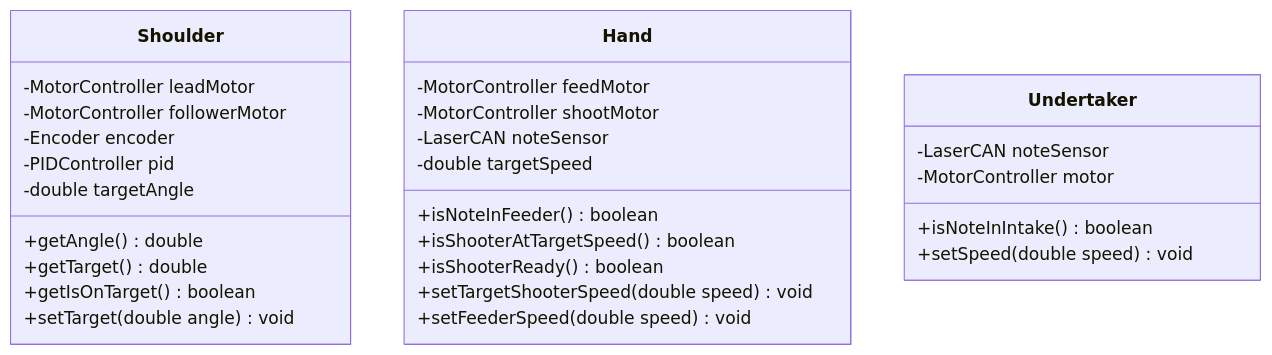
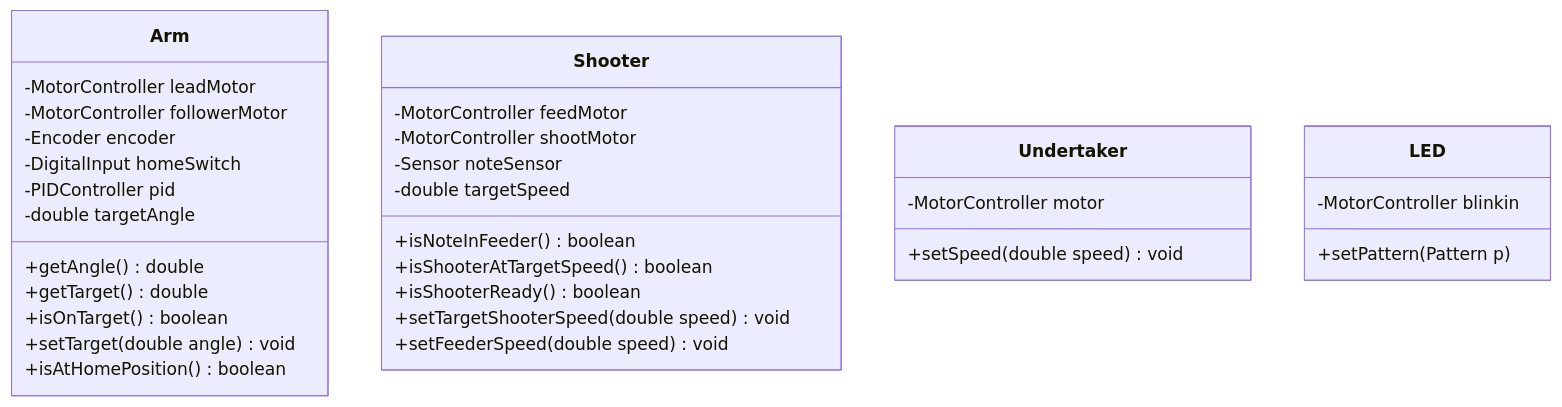
One commit to frc1675/frc1675-2024-general changed the diagram in design/V1/class-diagram.md. Above: the diagram before and after it, drawn with Mermaid. The commit also changed 1 other file, not shown here.

Commit message:
Update docs based on crossteam discussion (#16)
* Update docs based on crossteam discussion

* Added LED class

* Code review changes

````diff
--- a/design/V1/class-diagram.md
+++ b/design/V1/class-diagram.md
@@ -1,40 +1,46 @@
 ```mermaid
 
 classDiagram
 
-    class Shoulder {
+    class Arm {
         -MotorController leadMotor
         -MotorController followerMotor
         -Encoder encoder
+        -DigitalInput homeSwitch
         -PIDController pid
         -double targetAngle
 
         +getAngle() double
         +getTarget() double
-        +getIsOnTarget() boolean
+        +isOnTarget() boolean
         +setTarget(double angle) void
+        +isAtHomePosition() boolean
     }
 
-    class Hand {
+    class Shooter {
         -MotorController feedMotor
         -MotorController shootMotor
-        -LaserCAN noteSensor
+        -Sensor noteSensor
         -double targetSpeed
 
         +isNoteInFeeder() boolean
         +isShooterAtTargetSpeed() boolean
         +isShooterReady() boolean
 
         +setTargetShooterSpeed(double speed) void
         +setFeederSpeed(double speed) void
     }
 
     class Undertaker {
-        -LaserCAN noteSensor
         -MotorController motor
 
-        +isNoteInIntake() boolean
         +setSpeed(double speed) void
     }
 
+    class LED {
+        -MotorController blinkin
+
+        +setPattern(Pattern p)
+    }
+
 ```
````
